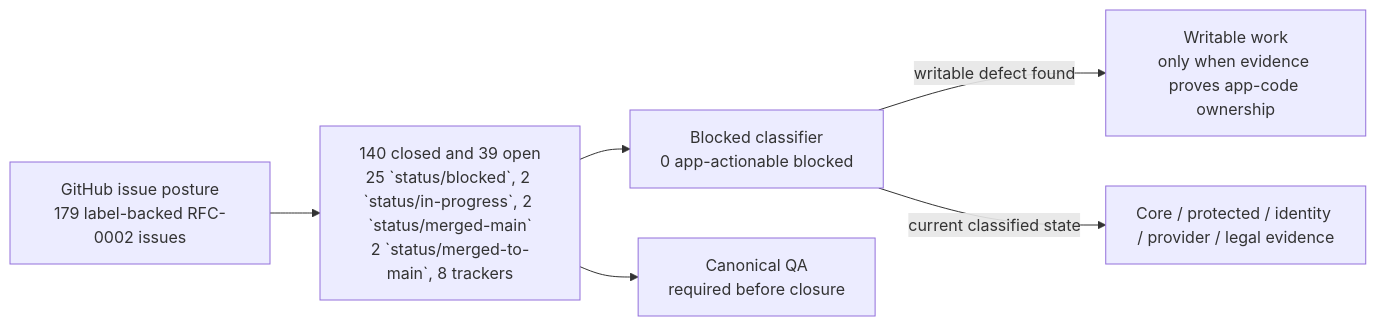
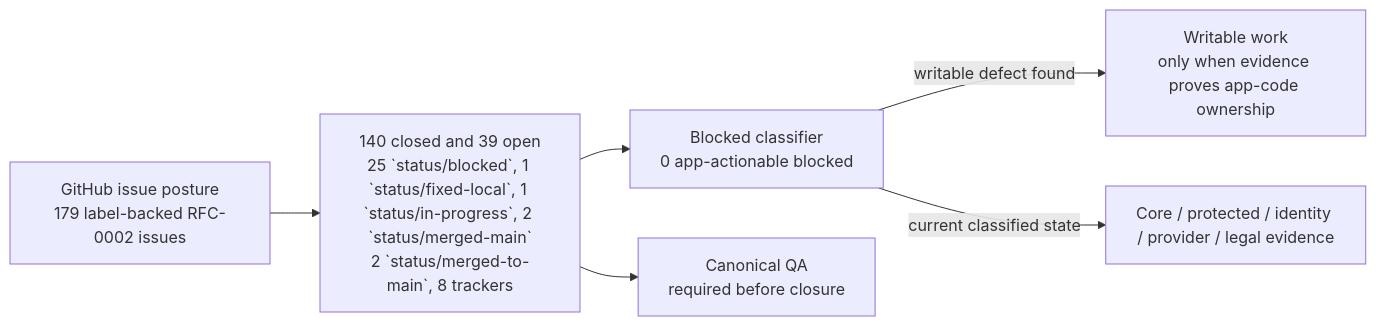
The first of 2 diagrams in wiki/RFC-0002-Execution-Status.md (sgajbi/lotus-idea), drawn with Mermaid before and after one commit. The commit also changed other lines of this file and 7 other files, not shown here.

````diff
--- a/wiki/RFC-0002-Execution-Status.md
+++ b/wiki/RFC-0002-Execution-Status.md
@@ -39,15 +39,15 @@
 ```mermaid
 flowchart LR
     Issues["GitHub issue posture<br/>179 label-backed RFC-0002 issues"]
-    Open["140 closed and 39 open<br/>25 `status/blocked`, 2 `status/in-progress`, 2 `status/merged-main`<br/>2 `status/merged-to-main`, 8 trackers"]
+    Open["140 closed and 39 open<br/>25 `status/blocked`, 1 `status/fixed-local`, 1 `status/in-progress`, 2 `status/merged-main`<br/>2 `status/merged-to-main`, 8 trackers"]
     Blocked["Blocked classifier<br/>0 app-actionable blocked"]
     Work["Writable work<br/>only when evidence proves app-code ownership"]
     External["Core / protected / identity / provider / legal evidence"]
     QA["Canonical QA<br/>required before closure"]
 
     Issues --> Open
     Open --> Blocked
     Blocked -->|"writable defect found"| Work
     Blocked -->|"current classified state"| External
     Open --> QA
 ```
````
